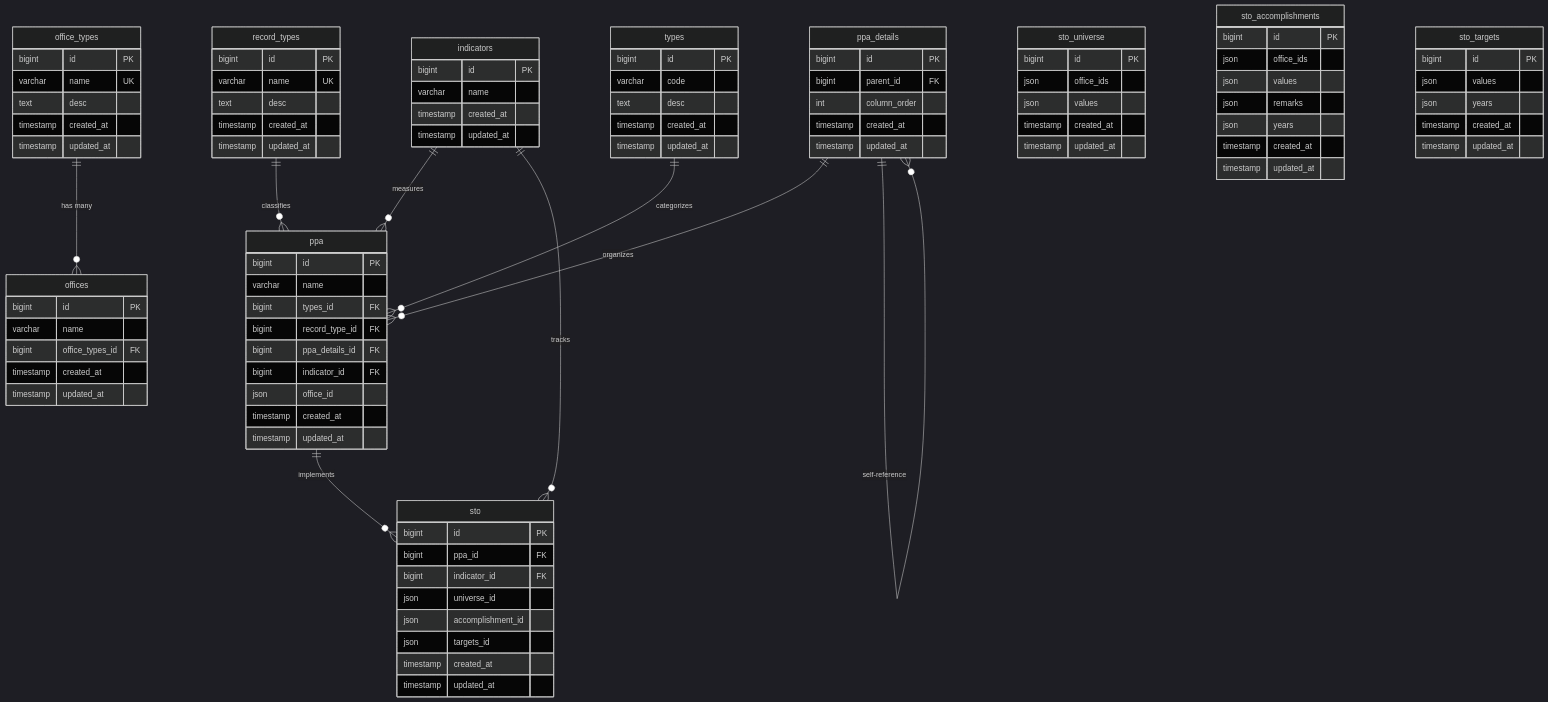
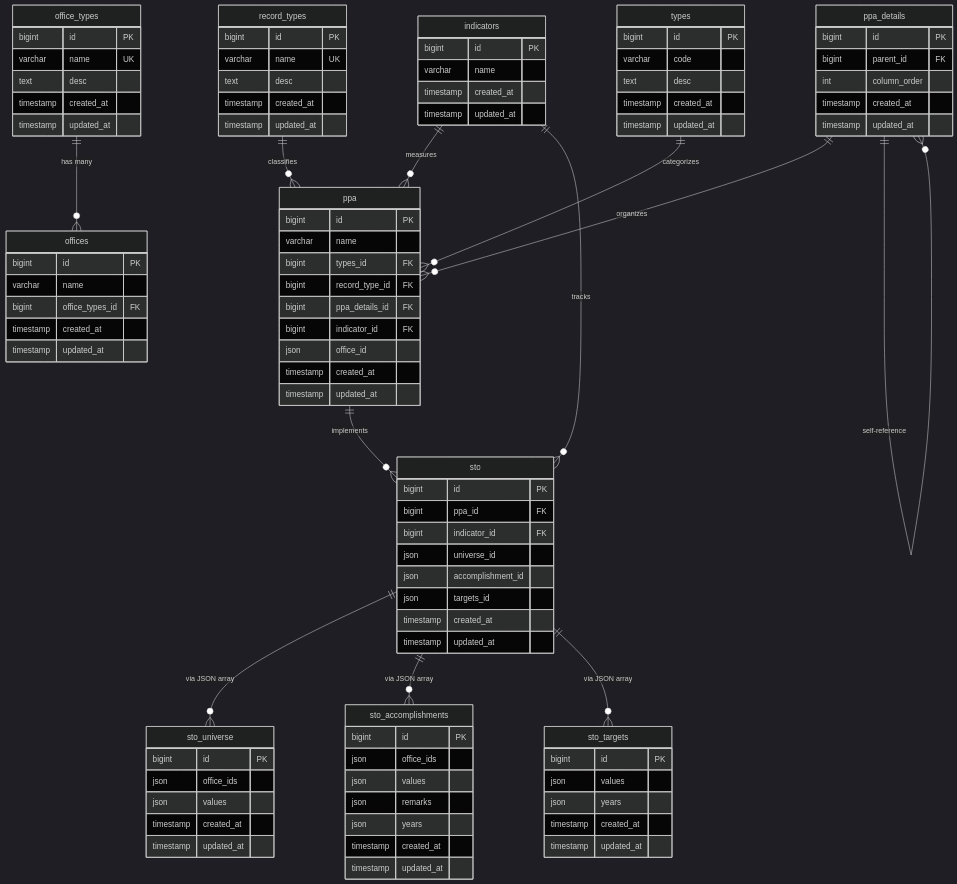
The first of 11 diagrams in db-schema-and-diagram.md (brandon3sican/univ_base), drawn with Mermaid (dark theme) before and after one commit. The commit also changed other lines of this file, not shown here.

Commit message:
DB Schema and Diagram

````diff
--- a/db-schema-and-diagram.md
+++ b/db-schema-and-diagram.md
@@ -117,4 +117,9 @@
     indicators ||--o{ ppa : "measures"
     indicators ||--o{ sto : "tracks"
     ppa ||--o{ sto : "implements"
+    
+    %% STO JSON Relationships
+    sto ||--o{ sto_universe : "via JSON array"
+    sto ||--o{ sto_accomplishments : "via JSON array"
+    sto ||--o{ sto_targets : "via JSON array"
 ```
````
